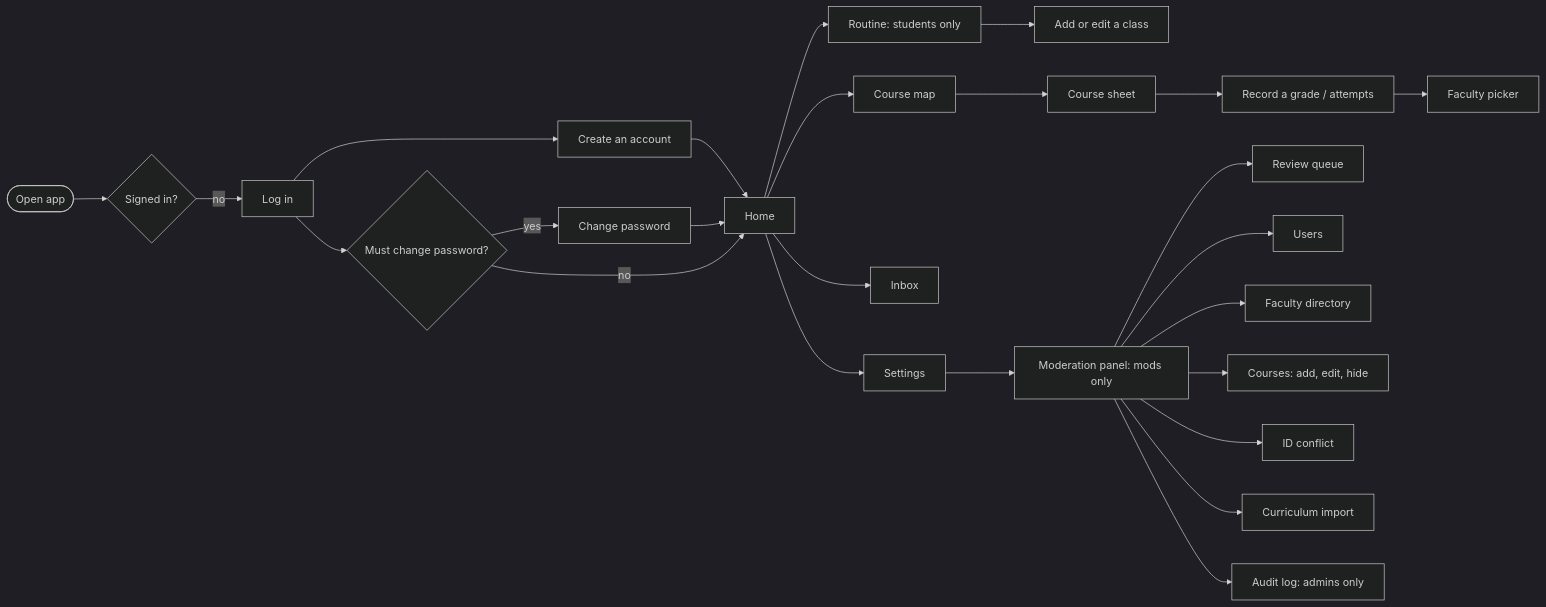
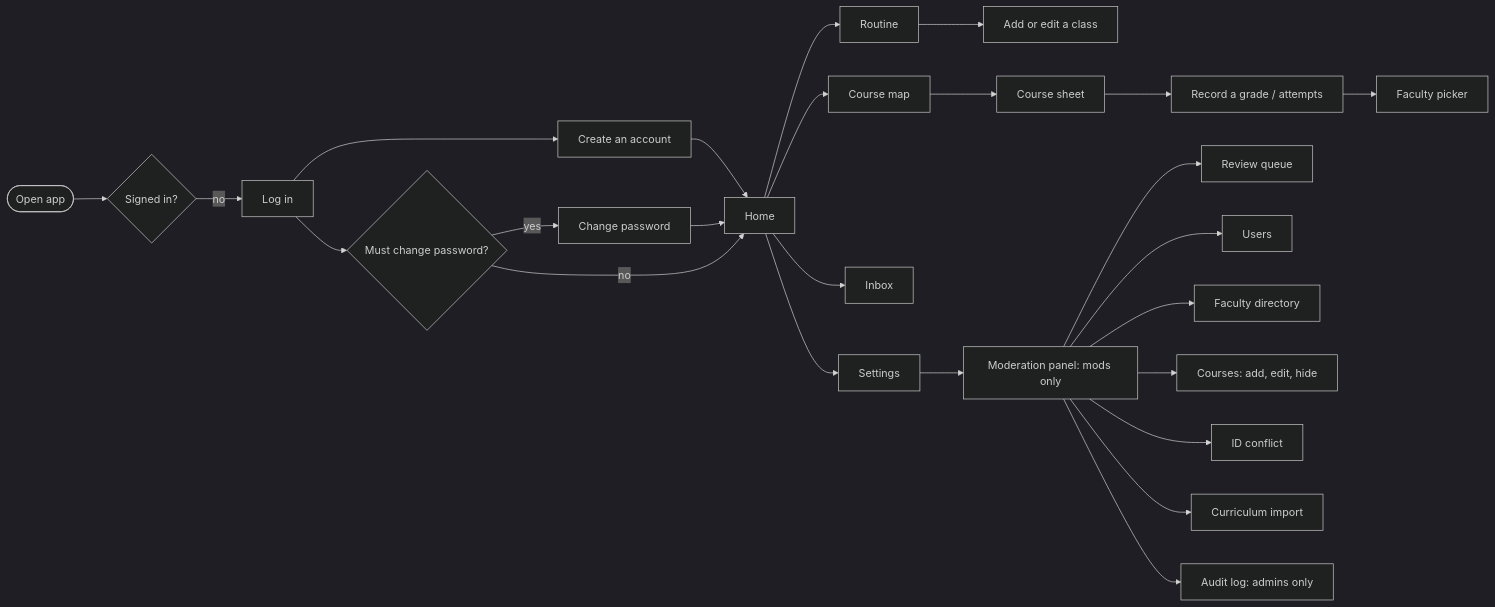
One commit to shithil17/UniLink changed the diagram in docs/screens.md. Above: the diagram before and after it, drawn with Mermaid (dark theme). The commit also changed other lines of this file and 11 other files, not shown here.

````diff
--- a/docs/screens.md
+++ b/docs/screens.md
@@ -14,27 +14,27 @@
 ```mermaid
 flowchart LR
   Start([Open app]) --> S{Signed in?}
   S -- no --> Login[Log in]
   Login --> Signup[Create an account]
   Signup --> Home
   Login --> P{Must change password?}
   P -- yes --> Change[Change password]
   Change --> Home
   P -- no --> Home[Home]
   Home --> Courses[Course map]
-  Home --> Routine[Routine: students only]
+  Home --> Routine[Routine]
   Routine --> ClassSheet[Add or edit a class]
   Home --> Inbox[Inbox]
   Home --> Settings[Settings]
   Courses --> Sheet[Course sheet]
   Sheet --> Attempt[Record a grade / attempts]
   Attempt --> Picker[Faculty picker]
   Settings --> Mod[Moderation panel: mods only]
   Mod --> Queue[Review queue]
   Mod --> Users[Users]
   Mod --> Faculty[Faculty directory]
   Mod --> CourseAdmin[Courses: add, edit, hide]
   Mod --> Conflict[ID conflict]
   Mod --> Import[Curriculum import]
   Mod --> Audit[Audit log: admins only]
 ```
````
